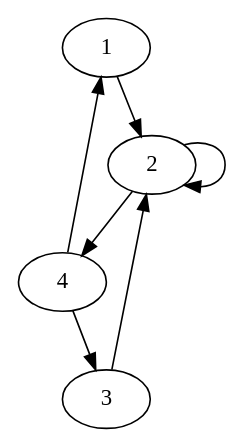
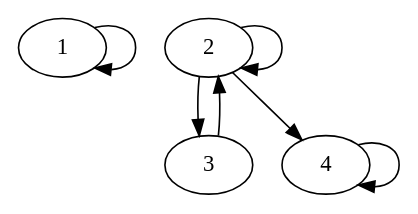
Before and after one commit to braindeadLeee/Discrete_Mathematics: the diagram in 2_RELATIONS/multig.dot, drawn with Graphviz. The commit also changed 2 other files, not shown here.

```diff
--- a/2_RELATIONS/multig.dot
+++ b/2_RELATIONS/multig.dot
@@ -1,12 +1,12 @@
 digraph  {
 1;
 2;
+3;
 4;
-3;
-1 -> 2  [key=0];
+1 -> 1  [key=0];
 2 -> 2  [key=0];
+2 -> 3  [key=0];
 2 -> 4  [key=0];
-4 -> 1  [key=0];
-4 -> 3  [key=0];
 3 -> 2  [key=0];
+4 -> 4  [key=0];
 }
```
